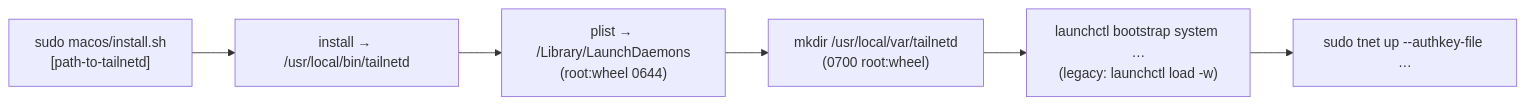
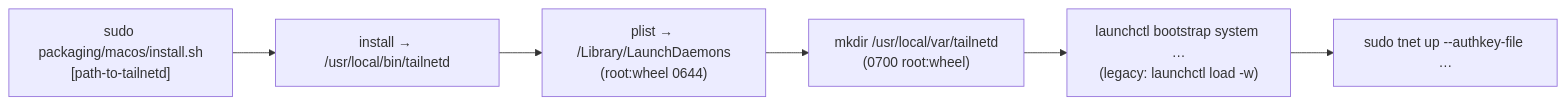
One commit to GeiserX/tailscaled-rs changed the second of 2 diagrams in packaging/README.md. Above: the diagram before and after it, drawn with Mermaid. The commit also changed 1 other file, not shown here.

Commit message:
fix(packaging): address CodeRabbit review on the macOS installer
- Enforce 0640 root:wheel on the log files unconditionally, not only on first
  creation, so a pre-existing log with looser permissions cannot leak node
  identifiers to other local users.
- Do not mask a failed daemon reload: the re-bootstrap is the load that matters,
  so on its failure confirm the service is actually loaded (launchctl print) and
  restart it, else exit non-zero with manual-recovery guidance — never report a
  clean install while the daemon is unloaded.
- README: use the canonical packaging/macos/install.sh path in the flow diagram
  to match the documented command.

````diff
--- a/packaging/README.md
+++ b/packaging/README.md
@@ -87,8 +87,8 @@
 ```mermaid
 flowchart LR
-    INST["sudo macos/install.sh<br/>[path-to-tailnetd]"] --> B["install → /usr/local/bin/tailnetd"]
+    INST["sudo packaging/macos/install.sh<br/>[path-to-tailnetd]"] --> B["install → /usr/local/bin/tailnetd"]
     B --> P["plist → /Library/LaunchDaemons<br/>(root:wheel 0644)"]
     P --> S["mkdir /usr/local/var/tailnetd<br/>(0700 root:wheel)"]
     S --> L["launchctl bootstrap system …<br/>(legacy: launchctl load -w)"]
     L --> UP["sudo tnet up --authkey-file …"]
 ```
````
